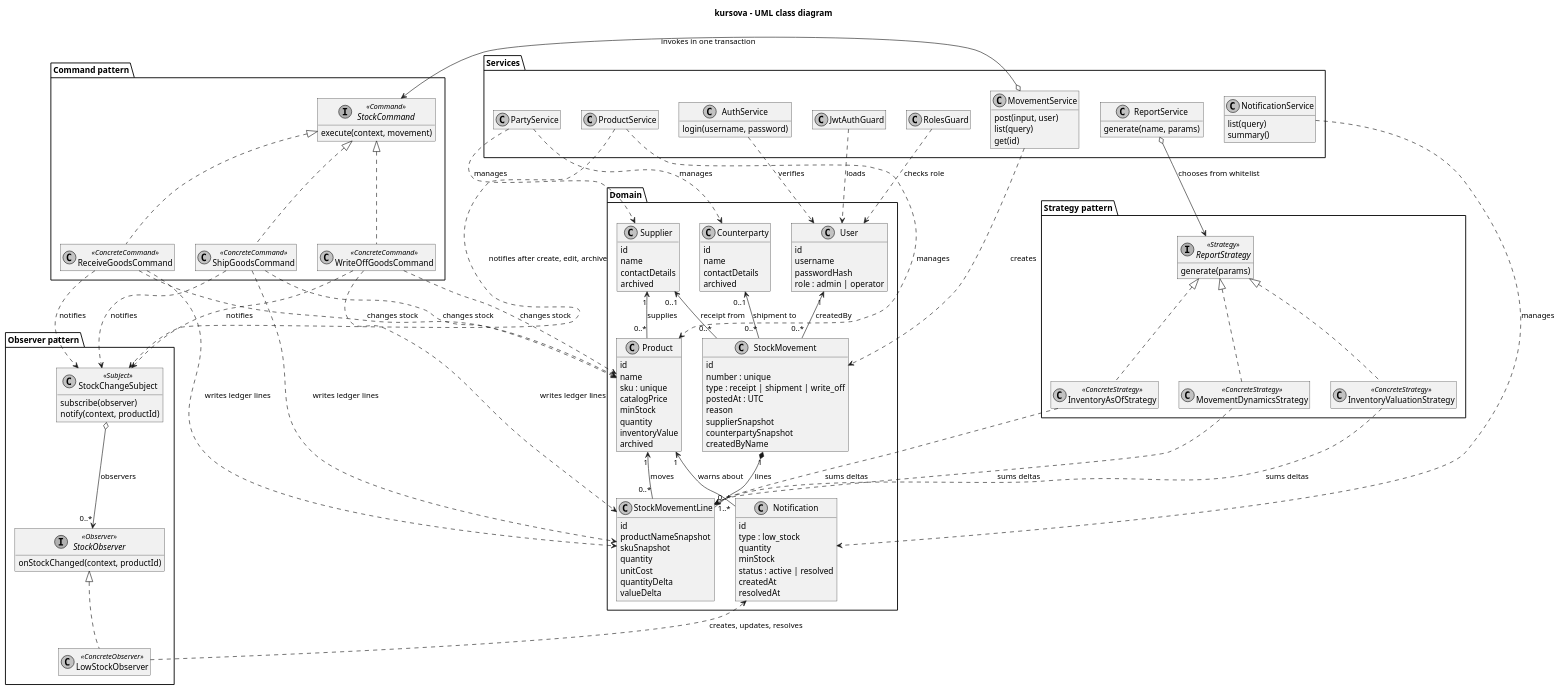
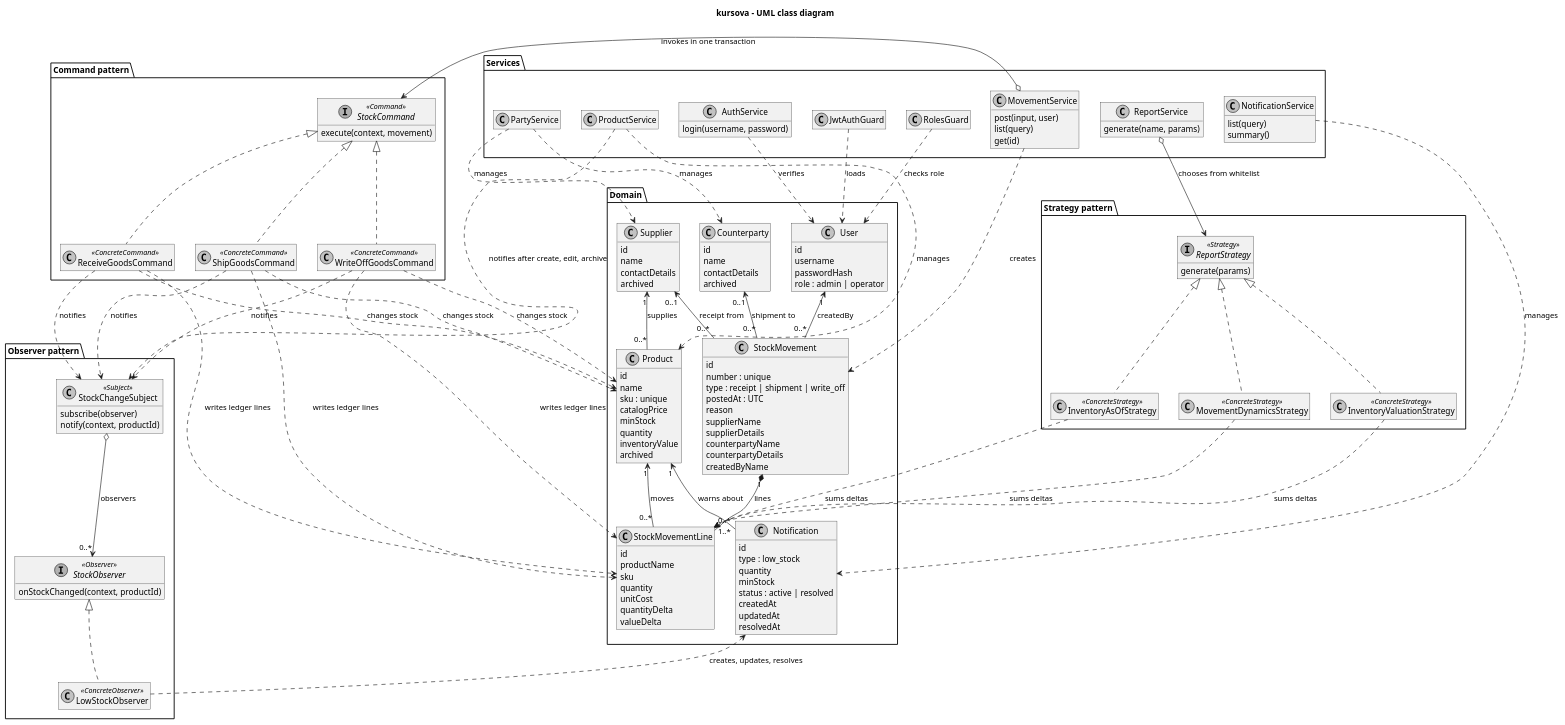
Before and after one commit to iboiko-ir/kursova-var2: the diagram in docs/diagrams/class-diagram.puml, drawn with PlantUML. The commit also changed 1 other file, not shown here.

Commit message:
docs: align class diagram attributes with the implementation

```diff
--- a/docs/diagrams/class-diagram.puml
+++ b/docs/diagrams/class-diagram.puml
@@ -1,168 +1,171 @@
 @startuml class-diagram
 title kursova - UML class diagram
 skinparam shadowing false
 skinparam monochrome true
 skinparam roundCorner 0
 skinparam classAttributeIconSize 0
 hide empty members
 
 package "Domain" {
   class User {
     id
     username
     passwordHash
     role : admin | operator
   }
 
   class Supplier {
     id
     name
     contactDetails
     archived
   }
 
   class Counterparty {
     id
     name
     contactDetails
     archived
   }
 
   class Product {
     id
     name
     sku : unique
     catalogPrice
     minStock
     quantity
     inventoryValue
     archived
   }
 
   class StockMovement {
     id
     number : unique
     type : receipt | shipment | write_off
     postedAt : UTC
     reason
-    supplierSnapshot
-    counterpartySnapshot
+    supplierName
+    supplierDetails
+    counterpartyName
+    counterpartyDetails
     createdByName
   }
 
   class StockMovementLine {
     id
-    productNameSnapshot
-    skuSnapshot
+    productName
+    sku
     quantity
     unitCost
     quantityDelta
     valueDelta
   }
 
   class Notification {
     id
     type : low_stock
     quantity
     minStock
     status : active | resolved
     createdAt
+    updatedAt
     resolvedAt
   }
 }
 
 User "1" <-- "0..*" StockMovement : createdBy
 Supplier "1" <-- "0..*" Product : supplies
 Supplier "0..1" <-- "0..*" StockMovement : receipt from
 Counterparty "0..1" <-- "0..*" StockMovement : shipment to
 StockMovement "1" *-- "1..*" StockMovementLine : lines
 Product "1" <-- "0..*" StockMovementLine : moves
 Product "1" <-- "0..*" Notification : warns about
 
 package "Services" {
   class AuthService {
     login(username, password)
   }
   class JwtAuthGuard
   class RolesGuard
   class ProductService
   class PartyService
   class MovementService {
     post(input, user)
     list(query)
     get(id)
   }
   class NotificationService {
     list(query)
     summary()
   }
   class ReportService {
     generate(name, params)
   }
 }
 
 MovementService ..> StockMovement : creates
 ProductService ..> Product : manages
 PartyService ..> Supplier : manages
 PartyService ..> Counterparty : manages
 NotificationService ..> Notification : manages
 AuthService ..> User : verifies
 JwtAuthGuard ..> User : loads
 RolesGuard ..> User : checks role
 
 package "Command pattern" {
   interface StockCommand <<Command>> {
     execute(context, movement)
   }
   class ReceiveGoodsCommand <<ConcreteCommand>>
   class ShipGoodsCommand <<ConcreteCommand>>
   class WriteOffGoodsCommand <<ConcreteCommand>>
 }
 
 StockCommand <|.. ReceiveGoodsCommand
 StockCommand <|.. ShipGoodsCommand
 StockCommand <|.. WriteOffGoodsCommand
 MovementService o--> StockCommand : invokes in one transaction
 ReceiveGoodsCommand ..> StockMovementLine : writes ledger lines
 ShipGoodsCommand ..> StockMovementLine : writes ledger lines
 WriteOffGoodsCommand ..> StockMovementLine : writes ledger lines
 ReceiveGoodsCommand ..> Product : changes stock
 ShipGoodsCommand ..> Product : changes stock
 WriteOffGoodsCommand ..> Product : changes stock
 
 package "Observer pattern" {
   class StockChangeSubject <<Subject>> {
     subscribe(observer)
     notify(context, productId)
   }
   interface StockObserver <<Observer>> {
     onStockChanged(context, productId)
   }
   class LowStockObserver <<ConcreteObserver>>
 }
 
 StockChangeSubject o--> "0..*" StockObserver : observers
 StockObserver <|.. LowStockObserver
 LowStockObserver ..> Notification : creates, updates, resolves
 ReceiveGoodsCommand ..> StockChangeSubject : notifies
 ShipGoodsCommand ..> StockChangeSubject : notifies
 WriteOffGoodsCommand ..> StockChangeSubject : notifies
 ProductService ..> StockChangeSubject : notifies after create, edit, archive
 
 package "Strategy pattern" {
   interface ReportStrategy <<Strategy>> {
     generate(params)
   }
   class InventoryAsOfStrategy <<ConcreteStrategy>>
   class MovementDynamicsStrategy <<ConcreteStrategy>>
   class InventoryValuationStrategy <<ConcreteStrategy>>
 }
 
 ReportStrategy <|.. InventoryAsOfStrategy
 ReportStrategy <|.. MovementDynamicsStrategy
 ReportStrategy <|.. InventoryValuationStrategy
 ReportService o--> ReportStrategy : chooses from whitelist
 InventoryAsOfStrategy ..> StockMovementLine : sums deltas
 MovementDynamicsStrategy ..> StockMovementLine : sums deltas
 InventoryValuationStrategy ..> StockMovementLine : sums deltas
 @enduml
```
